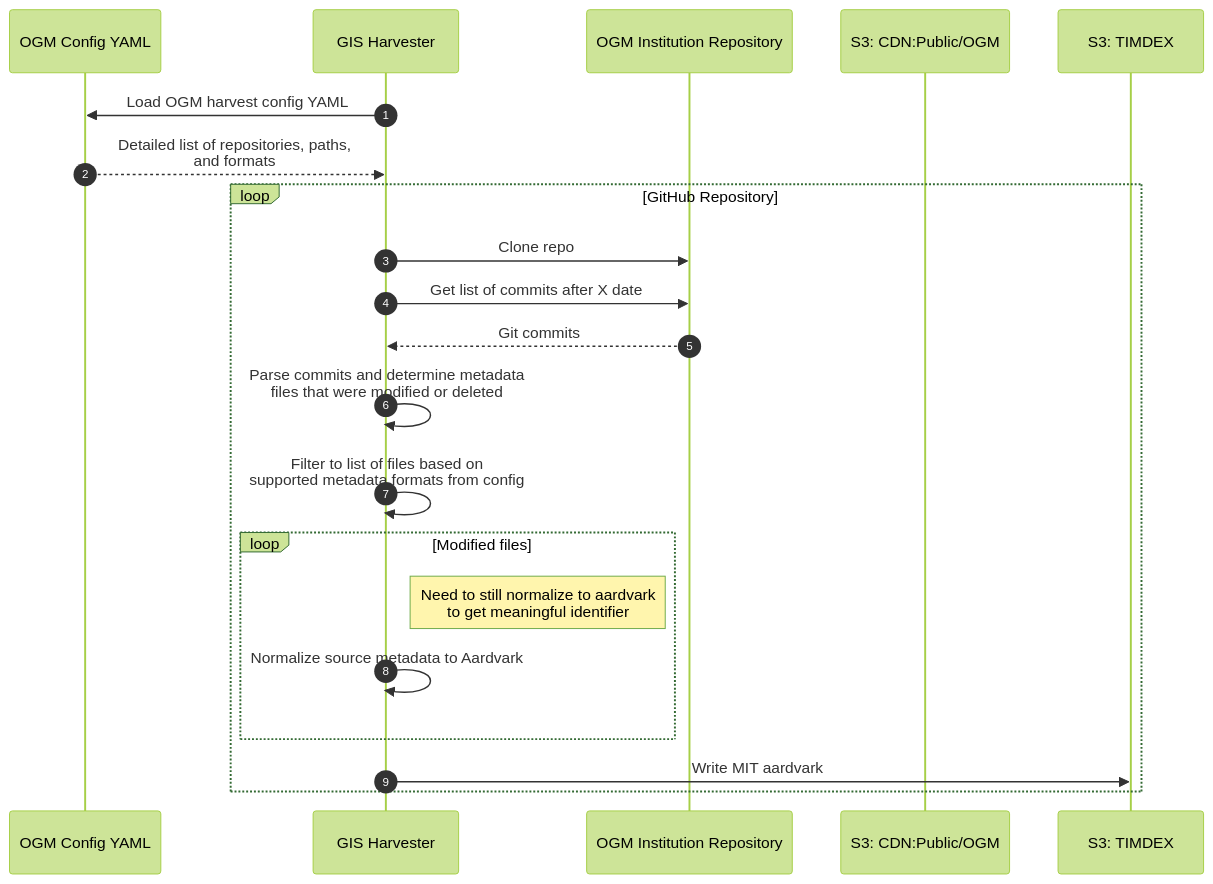
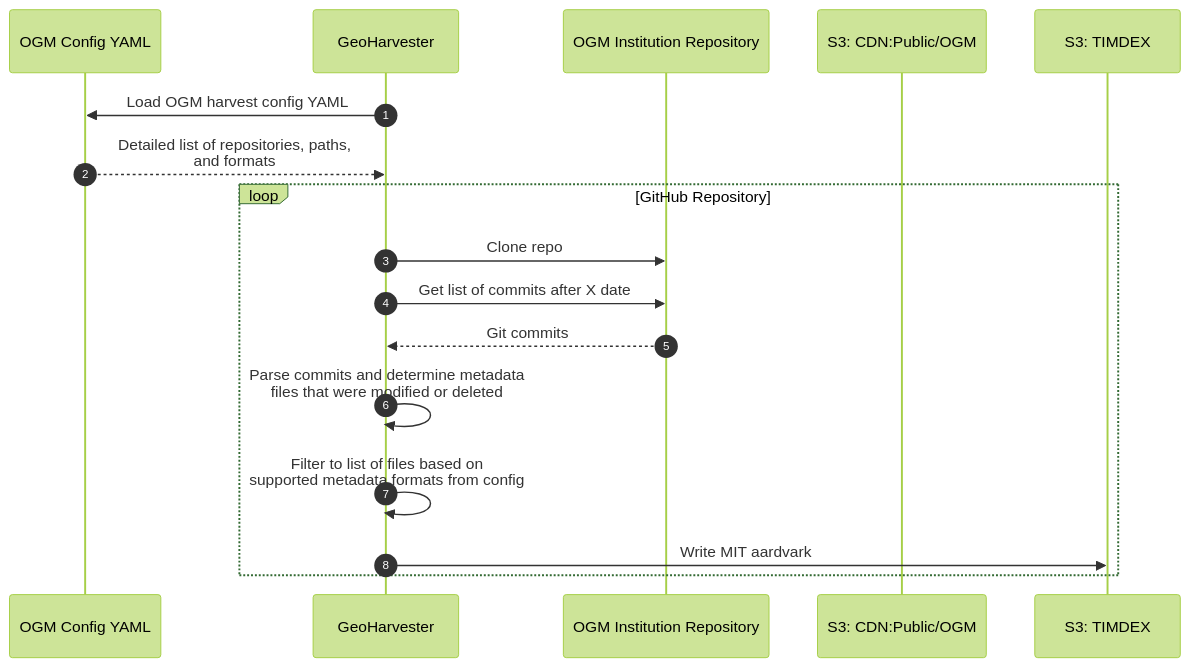
One commit to MITLibraries/geo-harvester changed the second of 2 diagrams in docs/ogm_harvests.md. Above: the diagram before and after it, drawn with Mermaid (forest theme). The commit also changed other lines of this file, not shown here.

Commit message:
Updates to OGMHarvester documentation

````diff
--- a/docs/ogm_harvests.md
+++ b/docs/ogm_harvests.md
@@ -35,27 +35,21 @@
 ```mermaid
 sequenceDiagram
     autonumber
     participant ogm_config_yaml as OGM Config YAML
-    participant geo_harv as GIS Harvester
+    participant geo_harv as GeoHarvester
     participant ogm_repo as OGM Institution Repository
     participant s3_cdn_pub as S3: CDN:Public/OGM
     participant s3_timdex as S3: TIMDEX
     
     geo_harv->>ogm_config_yaml: Load OGM harvest config YAML
     ogm_config_yaml-->>geo_harv: Detailed list of repositories, paths, <br> and formats
     
     loop GitHub Repository
         geo_harv->>ogm_repo: Clone repo
         geo_harv->>ogm_repo: Get list of commits after X date
         ogm_repo-->>geo_harv: Git commits
         geo_harv->>geo_harv: Parse commits and determine metadata <br> files that were modified or deleted
         geo_harv->>geo_harv: Filter to list of files based on <br> supported metadata formats from config
-        
-        loop Modified files            
-            Note right of geo_harv: Need to still normalize to aardvark <br> to get meaningful identifier
-            geo_harv->>geo_harv: Normalize source metadata to Aardvark            
-        end
-        
         geo_harv->>s3_timdex: Write MIT aardvark
     end
 ```
````
